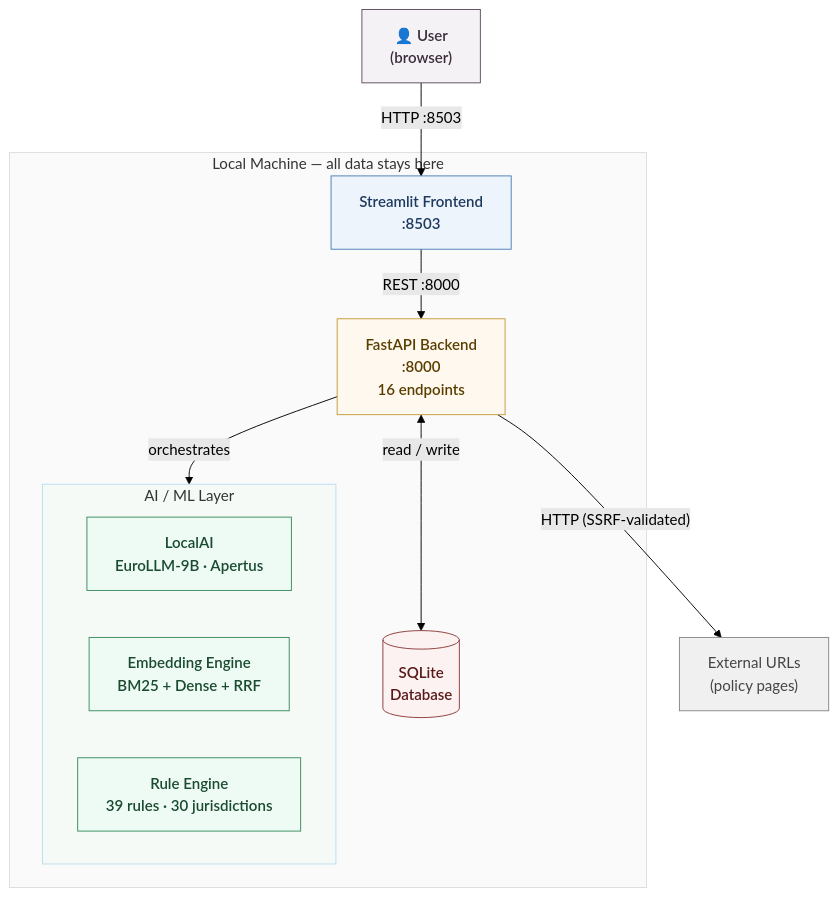
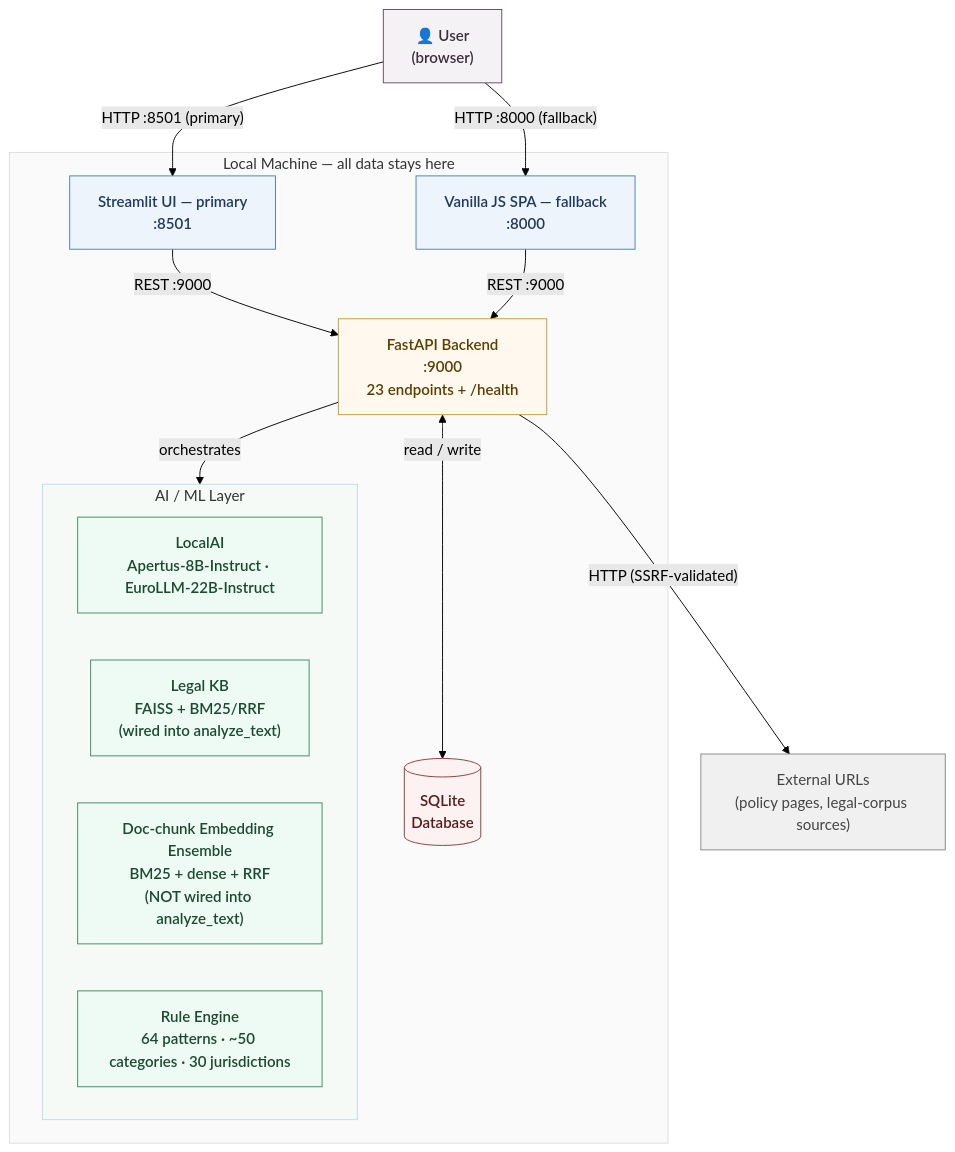
One commit to jennifer-mckinney/terms-analysis changed the first of 4 diagrams in docs/architecture-diagrams.md. Above: the diagram before and after it, drawn with Mermaid (forest theme). The commit also changed other lines of this file and 4 other files, not shown here.

First line of the commit message:
docs: reconcile BRD/PRD/ENHANCEMENT_6/RAG-plan and diagrams with actual implementation

````diff
--- a/docs/architecture-diagrams.md
+++ b/docs/architecture-diagrams.md
@@ -9,35 +9,39 @@
 ```mermaid
 graph TB
     classDef user     fill:#f5f2f5,stroke:#5e4c5f,color:#3d2e3e,font-weight:600
     classDef frontend fill:#eef4fb,stroke:#4a7fb5,color:#1e3a5f,font-weight:600
     classDef backend  fill:#fff8ee,stroke:#c49a3c,color:#5a3e00,font-weight:600
     classDef ai       fill:#eefaf4,stroke:#3a8c5c,color:#1a4a30,font-weight:600
     classDef data     fill:#fdf2f2,stroke:#8b3a3a,color:#5a1a1a,font-weight:600
     classDef ext      fill:#f0f0f0,stroke:#888,color:#444
 
     USER["👤 User\n(browser)"]:::user
 
     subgraph LOCAL ["Local Machine — all data stays here"]
-        FE["Streamlit Frontend\n:8503"]:::frontend
-        BE["FastAPI Backend\n:8000\n16 endpoints"]:::backend
+        FE1["Streamlit UI — primary\n:8501"]:::frontend
+        FE2["Vanilla JS SPA — fallback\n:8000"]:::frontend
+        BE["FastAPI Backend\n:9000\n23 endpoints + /health"]:::backend
 
         subgraph AI ["AI / ML Layer"]
-            LLM["LocalAI\nEuroLLM-9B · Apertus"]:::ai
-            EMB["Embedding Engine\nBM25 + Dense + RRF"]:::ai
-            RULES["Rule Engine\n39 rules · 30 jurisdictions"]:::ai
+            LLM["LocalAI\nApertus-8B-Instruct · EuroLLM-22B-Instruct"]:::ai
+            LKB["Legal KB\nFAISS + BM25/RRF\n(wired into analyze_text)"]:::ai
+            EMB["Doc-chunk Embedding Ensemble\nBM25 + dense + RRF\n(NOT wired into analyze_text)"]:::ai
+            RULES["Rule Engine\n64 patterns · ~50 categories · 30 jurisdictions"]:::ai
         end
 
         DB[("SQLite\nDatabase")]:::data
     end
 
-    EXT["External URLs\n(policy pages)"]:::ext
+    EXT["External URLs\n(policy pages, legal-corpus sources)"]:::ext
 
-    USER -->|"HTTP :8503"| FE
-    FE   -->|"REST :8000"| BE
+    USER -->|"HTTP :8501 (primary)"| FE1
+    USER -->|"HTTP :8000 (fallback)"| FE2
+    FE1  -->|"REST :9000"| BE
+    FE2  -->|"REST :9000"| BE
     BE   -->|orchestrates| AI
     BE   <-->|read / write| DB
     BE   -->|"HTTP (SSRF-validated)"| EXT
 
     style LOCAL fill:#fafafa,stroke:#ddd
     style AI    fill:#f5faf7,stroke:#bde
 ```
````
